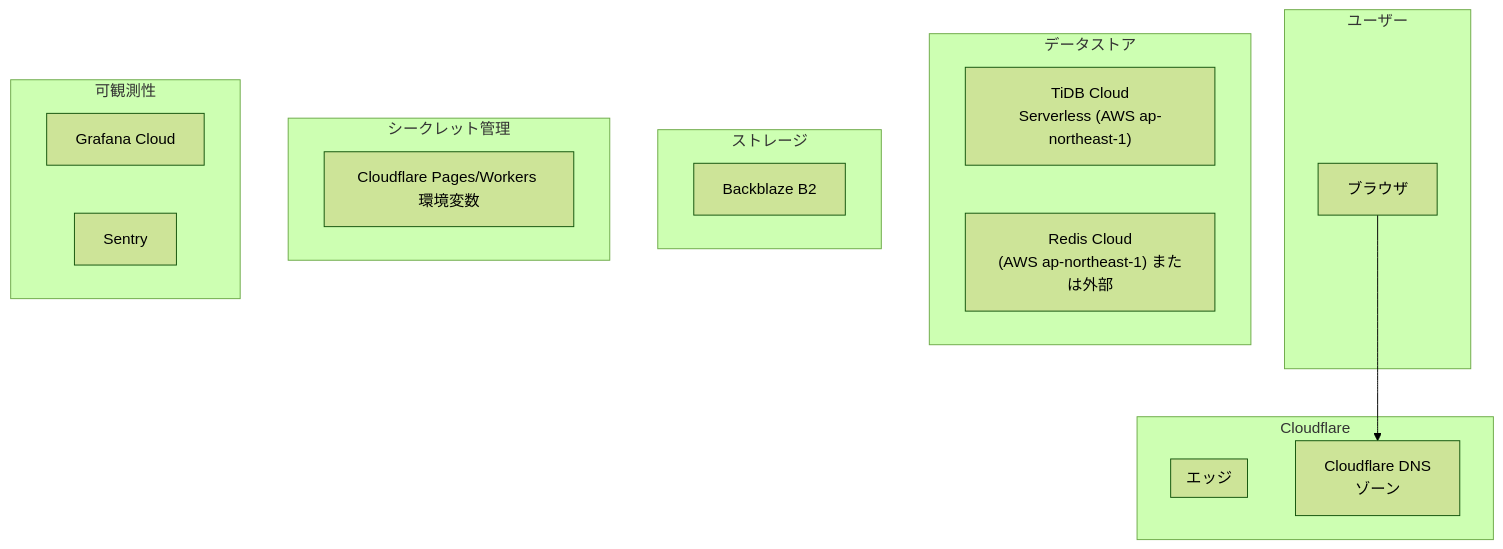
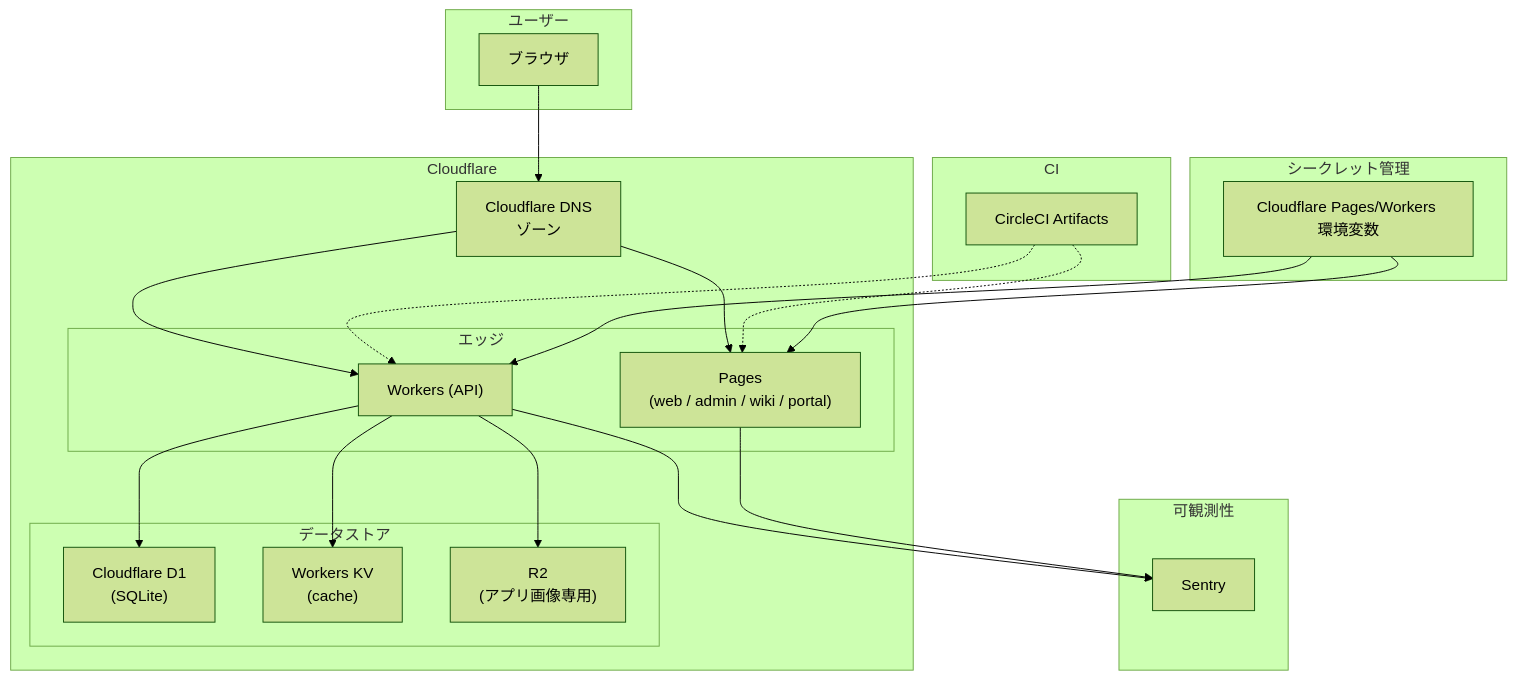
The first of 2 diagrams in docs/architecture/infra-architecture.md (hibi-com/portfolio), drawn with Mermaid (forest theme) before and after one commit. The commit also changed other lines of this file and 42 other files, not shown here.

````diff
--- a/docs/architecture/infra-architecture.md
+++ b/docs/architecture/infra-architecture.md
@@ -17,32 +17,44 @@
 ```mermaid
 flowchart TB
     subgraph Users["ユーザー"]
         Browser["ブラウザ"]
     end
 
     subgraph Cloudflare["Cloudflare"]
         DNS["Cloudflare DNS<br/>ゾーン"]
         subgraph Edge["エッジ"]
+            Pages["Pages<br/>(web / admin / wiki / portal)"]
+            Workers["Workers (API)"]
+        end
+        subgraph Data["データストア"]
+            D1["Cloudflare D1<br/>(SQLite)"]
+            KV["Workers KV<br/>(cache)"]
+            R2["R2<br/>(アプリ画像専用)"]
         end
     end
 
-    subgraph Data["データストア"]
-        TiDB["TiDB Cloud<br/>Serverless (AWS ap-northeast-1)"]
-        Redis["Redis Cloud<br/>(AWS ap-northeast-1) または外部"]
-    end
-
-    subgraph Storage["ストレージ"]
-        Backblaze["Backblaze B2"]
+    subgraph CI["CI"]
+        CircleCI["CircleCI Artifacts"]
     end
 
     subgraph Secrets["シークレット管理"]
         CFEnv["Cloudflare Pages/Workers 環境変数"]
     end
 
     subgraph Observability["可観測性"]
-        Grafana["Grafana Cloud"]
         Sentry["Sentry"]
     end
 
     Browser --> DNS
+    DNS --> Pages
+    DNS --> Workers
+    Workers --> D1
+    Workers --> KV
+    Workers --> R2
+    Workers --> Sentry
+    Pages --> Sentry
+    CircleCI -.-> Pages
+    CircleCI -.-> Workers
+    CFEnv --> Pages
+    CFEnv --> Workers
 ```
````
